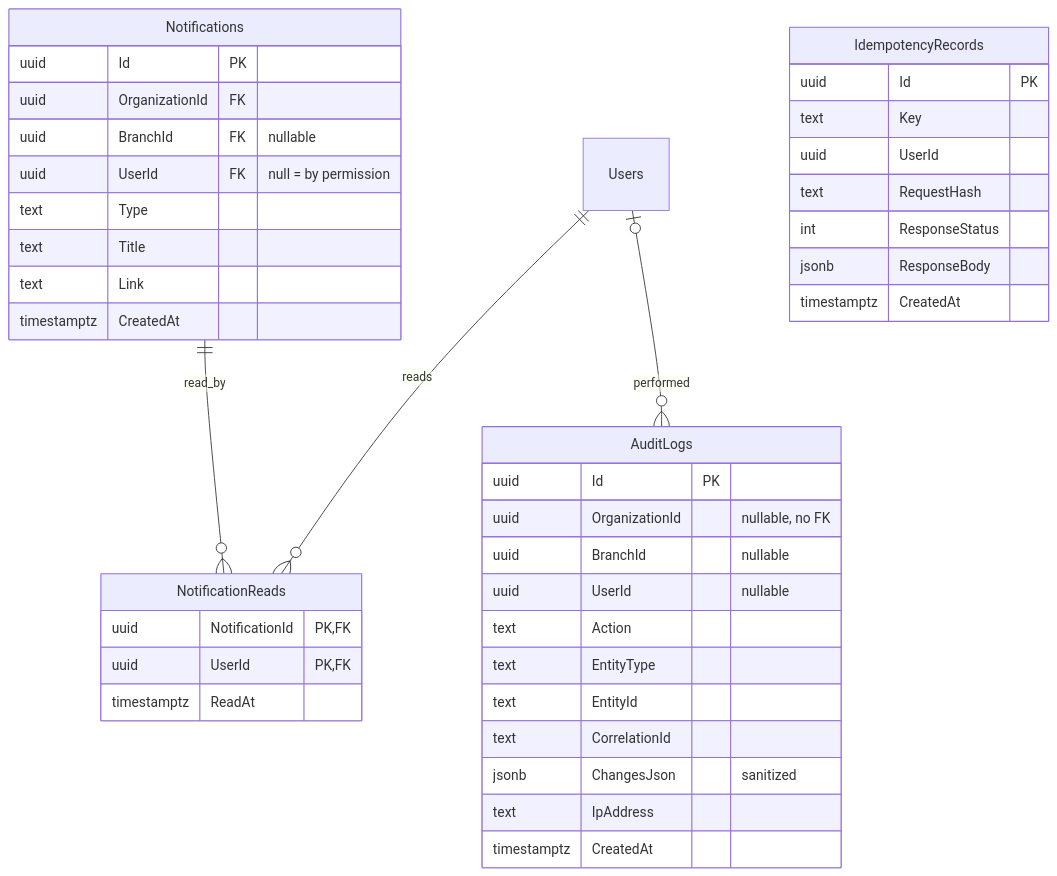
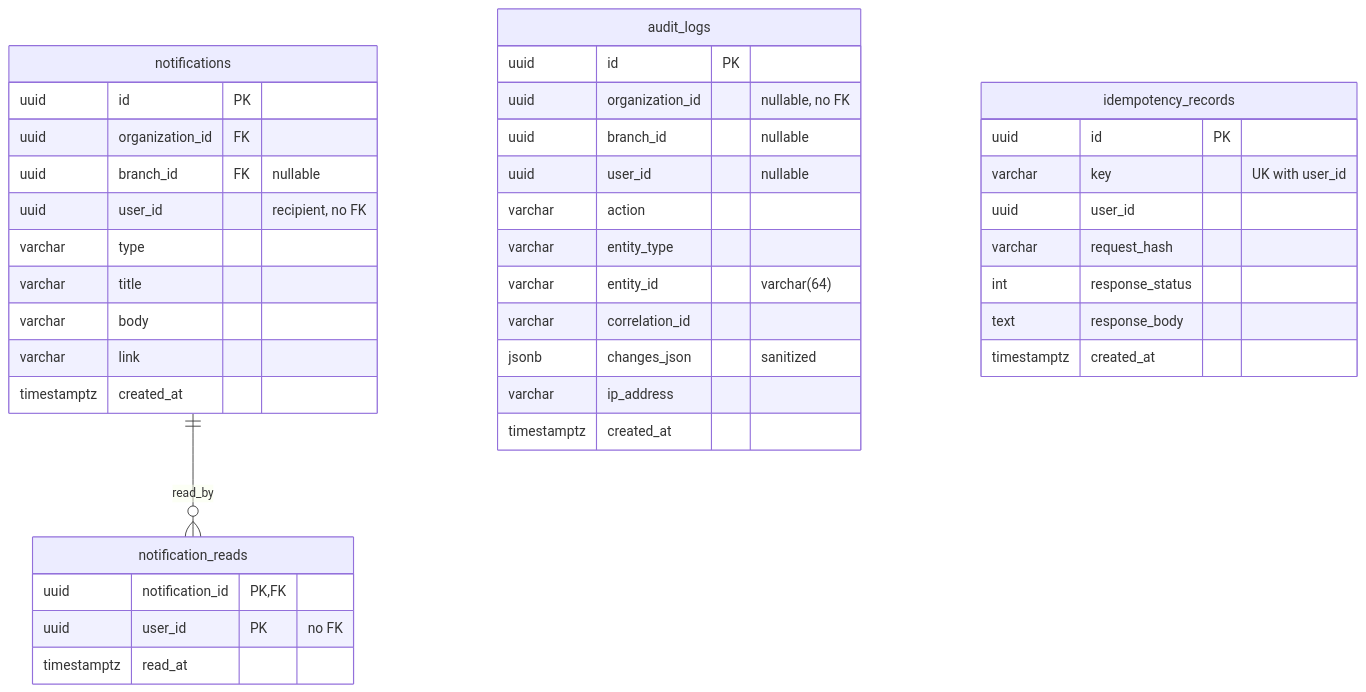
The fourth of 4 diagrams in docs/database/ERD_INVENTORY_PAYMENTS.md (Urgenchbayev-Alibek/respos), drawn with Mermaid before and after one commit. The commit also changed other lines of this file and 15 other files, not shown here.

Commit message:
docs: sync business rules, ERD, ADRs, overview, deployment, README with implementation

````diff
--- a/docs/database/ERD_INVENTORY_PAYMENTS.md
+++ b/docs/database/ERD_INVENTORY_PAYMENTS.md
@@ -207,44 +224,43 @@
 ```mermaid
 erDiagram
-  Notifications ||--o{ NotificationReads : read_by
-  Users ||--o{ NotificationReads : reads
-  Users |o--o{ AuditLogs : performed
+  notifications ||--o{ notification_reads : read_by
 
-  Notifications {
-    uuid Id PK
-    uuid OrganizationId FK
-    uuid BranchId FK "nullable"
-    uuid UserId FK "null = by permission"
-    text Type
-    text Title
-    text Link
-    timestamptz CreatedAt
+  notifications {
+    uuid id PK
+    uuid organization_id FK
+    uuid branch_id FK "nullable"
+    uuid user_id "recipient, no FK"
+    varchar type
+    varchar title
+    varchar body
+    varchar link
+    timestamptz created_at
   }
-  NotificationReads {
-    uuid NotificationId PK,FK
-    uuid UserId PK,FK
-    timestamptz ReadAt
+  notification_reads {
+    uuid notification_id PK,FK
+    uuid user_id PK "no FK"
+    timestamptz read_at
   }
-  AuditLogs {
-    uuid Id PK
-    uuid OrganizationId "nullable, no FK"
-    uuid BranchId "nullable"
-    uuid UserId "nullable"
-    text Action
-    text EntityType
-    text EntityId
-    text CorrelationId
-    jsonb ChangesJson "sanitized"
-    text IpAddress
-    timestamptz CreatedAt
+  audit_logs {
+    uuid id PK
+    uuid organization_id "nullable, no FK"
+    uuid branch_id "nullable"
+    uuid user_id "nullable"
+    varchar action
+    varchar entity_type
+    varchar entity_id "varchar(64)"
+    varchar correlation_id
+    jsonb changes_json "sanitized"
+    varchar ip_address
+    timestamptz created_at
   }
-  IdempotencyRecords {
-    uuid Id PK
-    text Key
-    uuid UserId
-    text RequestHash
-    int ResponseStatus
-    jsonb ResponseBody
-    timestamptz CreatedAt
+  idempotency_records {
+    uuid id PK
+    varchar key "UK with user_id"
+    uuid user_id
+    varchar request_hash
+    int response_status
+    text response_body
+    timestamptz created_at
   }
 ```
````
